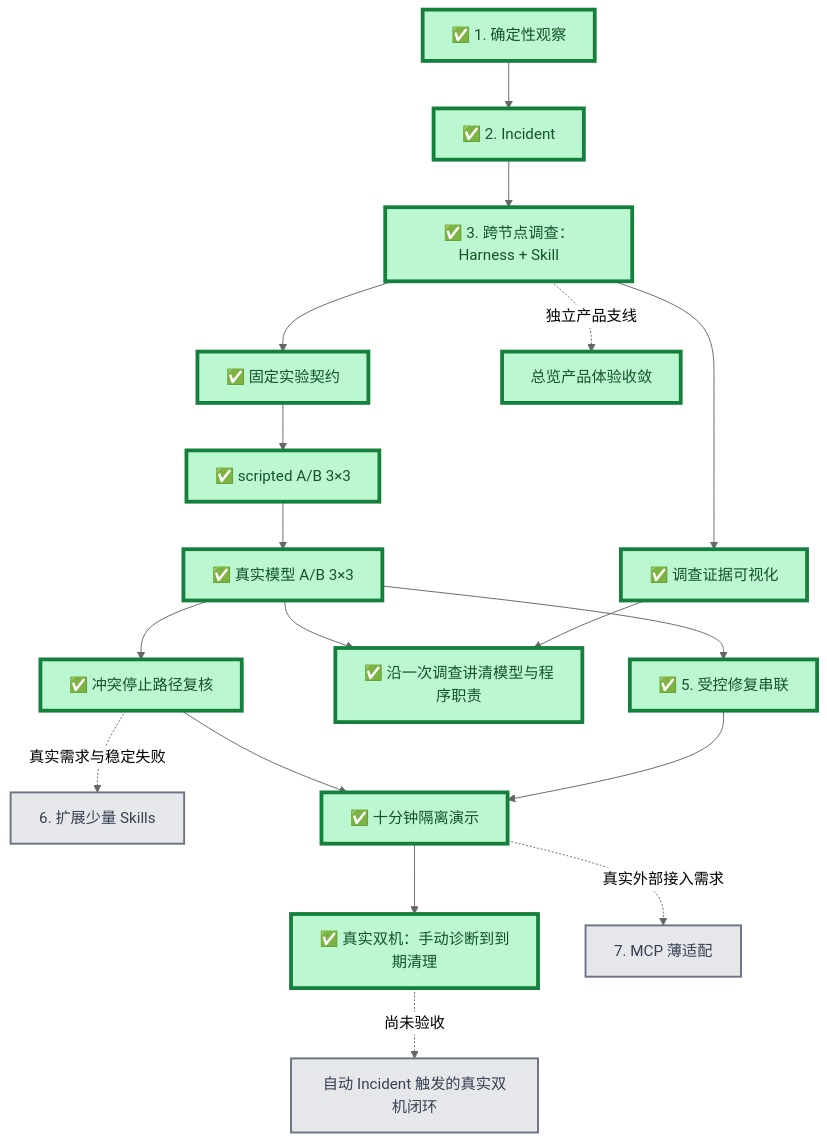
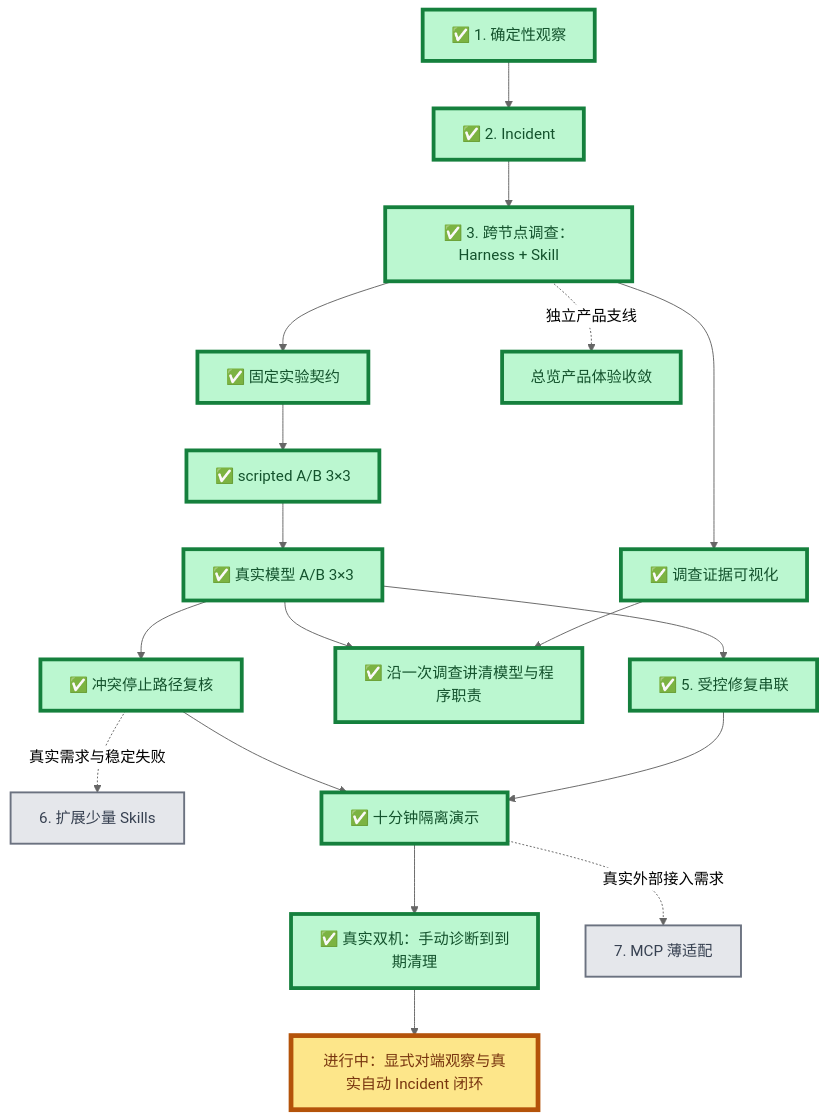
One commit to Sugarfarmeriod/TunnelMinion changed the first of 2 diagrams in docs/project/roadmap.md. Above: the diagram before and after it, drawn with Mermaid (neutral theme). The commit also changed other lines of this file and 13 other files, not shown here.

````diff
--- a/docs/project/roadmap.md
+++ b/docs/project/roadmap.md
@@ -8,32 +8,33 @@
 ```mermaid
 flowchart TB
     A["✅ 1. 确定性观察"] --> B["✅ 2. Incident"]
     B --> C["✅ 3. 跨节点调查：Harness + Skill"]
 
     C --> D1["✅ 固定实验契约"]
     D1 --> D2["✅ scripted A/B 3×3"]
     D2 --> D3["✅ 真实模型 A/B 3×3"]
 
     D3 --> E["✅ 5. 受控修复串联"]
     C --> V["✅ 调查证据可视化"]
     V --> W["✅ 沿一次调查讲清模型与程序职责"]
     D3 --> W
     D3 --> F["✅ 冲突停止路径复核"]
     F -.真实需求与稳定失败.-> K["6. 扩展少量 Skills"]
     E --> H["✅ 十分钟隔离演示"]
     F --> H
     H --> R["✅ 真实双机：手动诊断到到期清理"]
-    R -.尚未验收.-> I["自动 Incident 触发的真实双机闭环"]
+    R --> I["进行中：显式对端观察与真实自动 Incident 闭环"]
     H -.真实外部接入需求.-> G["7. MCP 薄适配"]
 
     C -.独立产品支线.-> U["总览产品体验收敛"]
 
     classDef done fill:#bbf7d0,stroke:#15803d,stroke-width:4px,color:#14532d;
     classDef current fill:#fde68a,stroke:#b45309,stroke-width:5px,color:#78350f;
     classDef next fill:#bfdbfe,stroke:#1d4ed8,stroke-width:3px,color:#1e3a8a;
     classDef later fill:#e5e7eb,stroke:#6b7280,stroke-width:2px,color:#374151;
     class A,B,C,D1,D2,D3,E,F,H,R,V done;
     class U done;
     class W done;
-    class G,K,I later;
+    class I current;
+    class G,K later;
 ```
````
